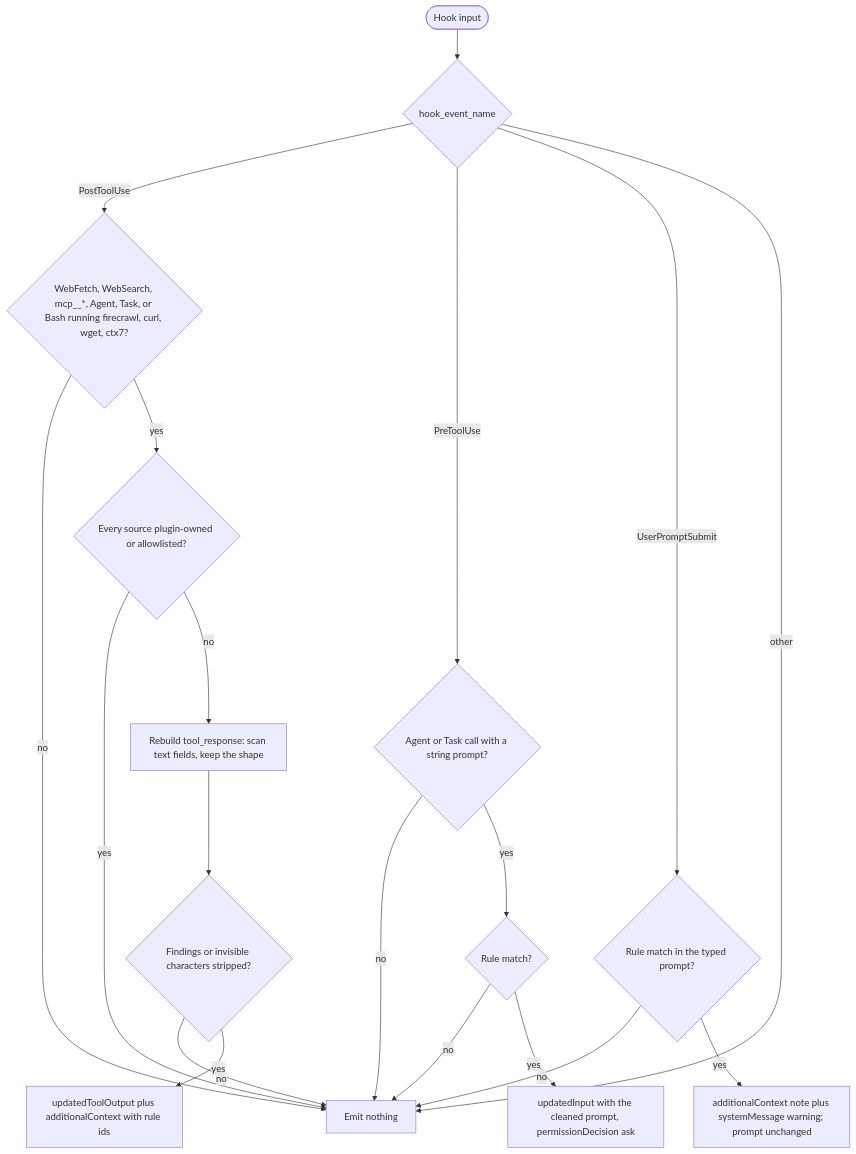
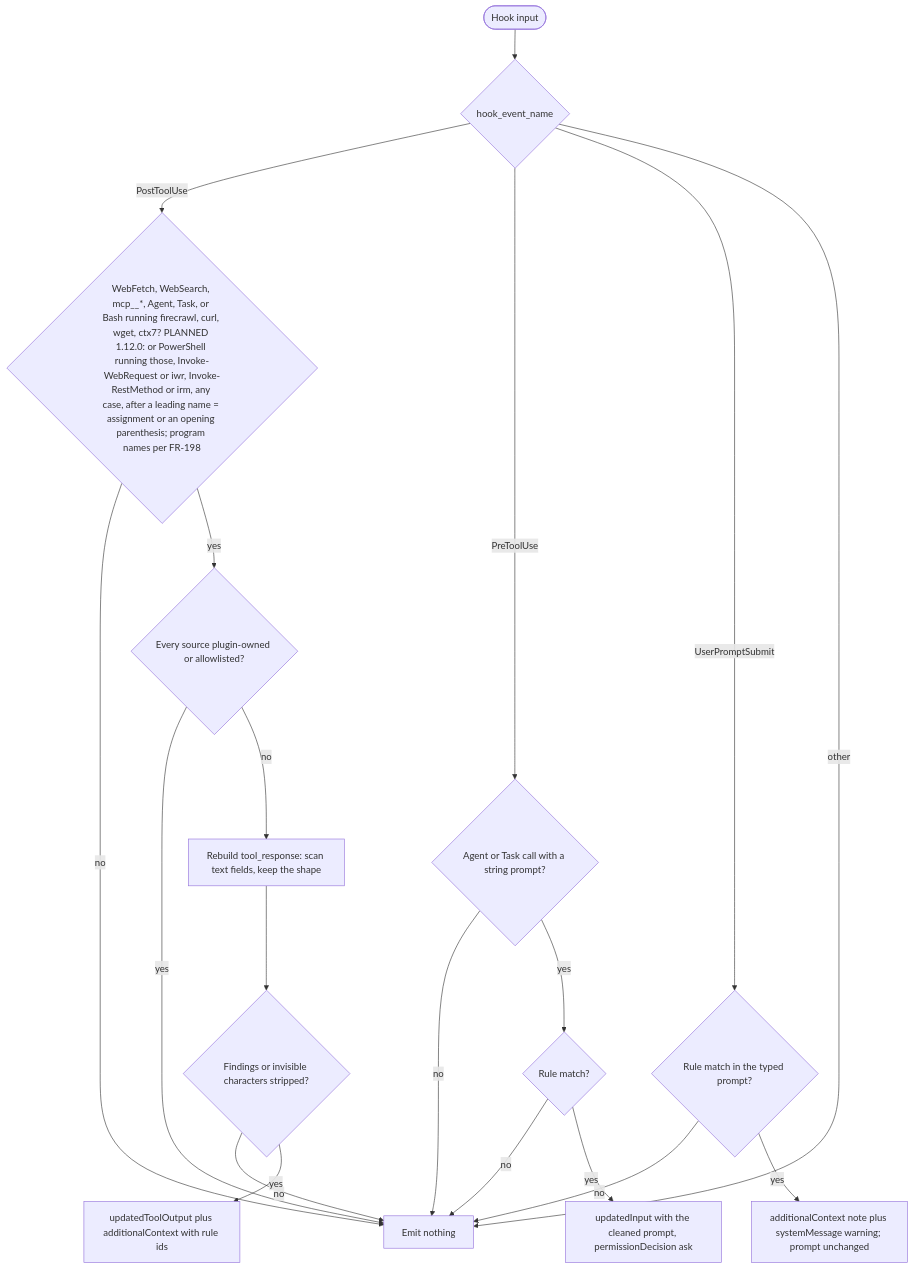
Before and after one commit to tjmonsi/assist-marketplace-plugin: the diagram in specs/spec-hooks-injection-filter.md, drawn with Mermaid. The commit also changed other lines of this file and 60 other files, not shown here.

````diff
--- a/specs/spec-hooks-injection-filter.md
+++ b/specs/spec-hooks-injection-filter.md
@@ -49,21 +49,21 @@
 ```mermaid
 flowchart TD
   S(["Hook input"]) --> E{"hook_event_name"}
-  E -->|PostToolUse| P1{"WebFetch, WebSearch, mcp__*, Agent, Task, or Bash running firecrawl, curl, wget, ctx7?"}
+  E -->|PostToolUse| P1{"WebFetch, WebSearch, mcp__*, Agent, Task, or Bash running firecrawl, curl, wget, ctx7? PLANNED 1.12.0: or PowerShell running those, Invoke-WebRequest or iwr, Invoke-RestMethod or irm, any case, after a leading name = assignment or an opening parenthesis; program names per FR-198"}
   P1 -->|no| NONE["Emit nothing"]
   P1 -->|yes| P2{"Every source plugin-owned or allowlisted?"}
   P2 -->|yes| NONE
   P2 -->|no| P3["Rebuild tool_response: scan text fields, keep the shape"]
   P3 --> P4{"Findings or invisible characters stripped?"}
   P4 -->|no| NONE
   P4 -->|yes| P5["updatedToolOutput plus additionalContext with rule ids"]
   E -->|PreToolUse| Q1{"Agent or Task call with a string prompt?"}
   Q1 -->|no| NONE
   Q1 -->|yes| Q2{"Rule match?"}
   Q2 -->|no| NONE
   Q2 -->|yes| Q3["updatedInput with the cleaned prompt, permissionDecision ask"]
   E -->|UserPromptSubmit| U1{"Rule match in the typed prompt?"}
   U1 -->|no| NONE
   U1 -->|yes| U2["additionalContext note plus systemMessage warning; prompt unchanged"]
   E -->|other| NONE
 ```
````
